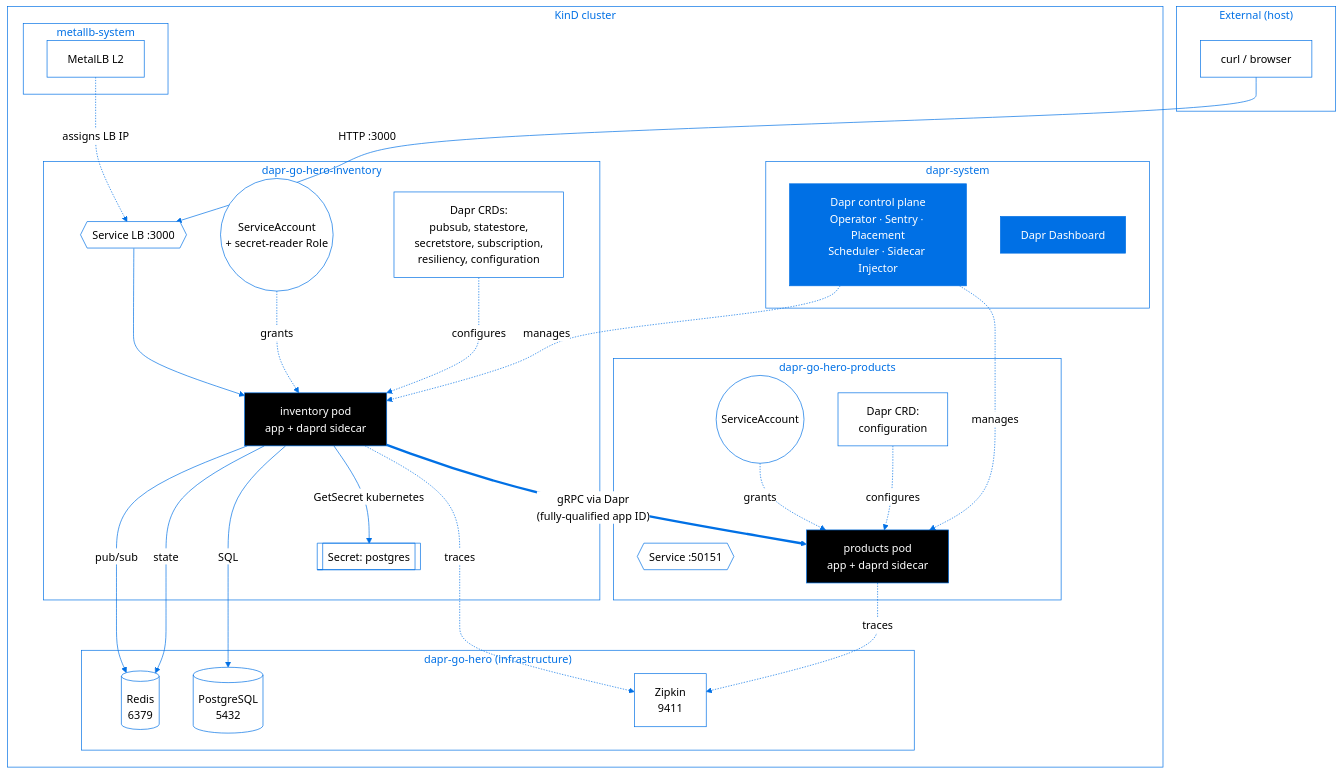
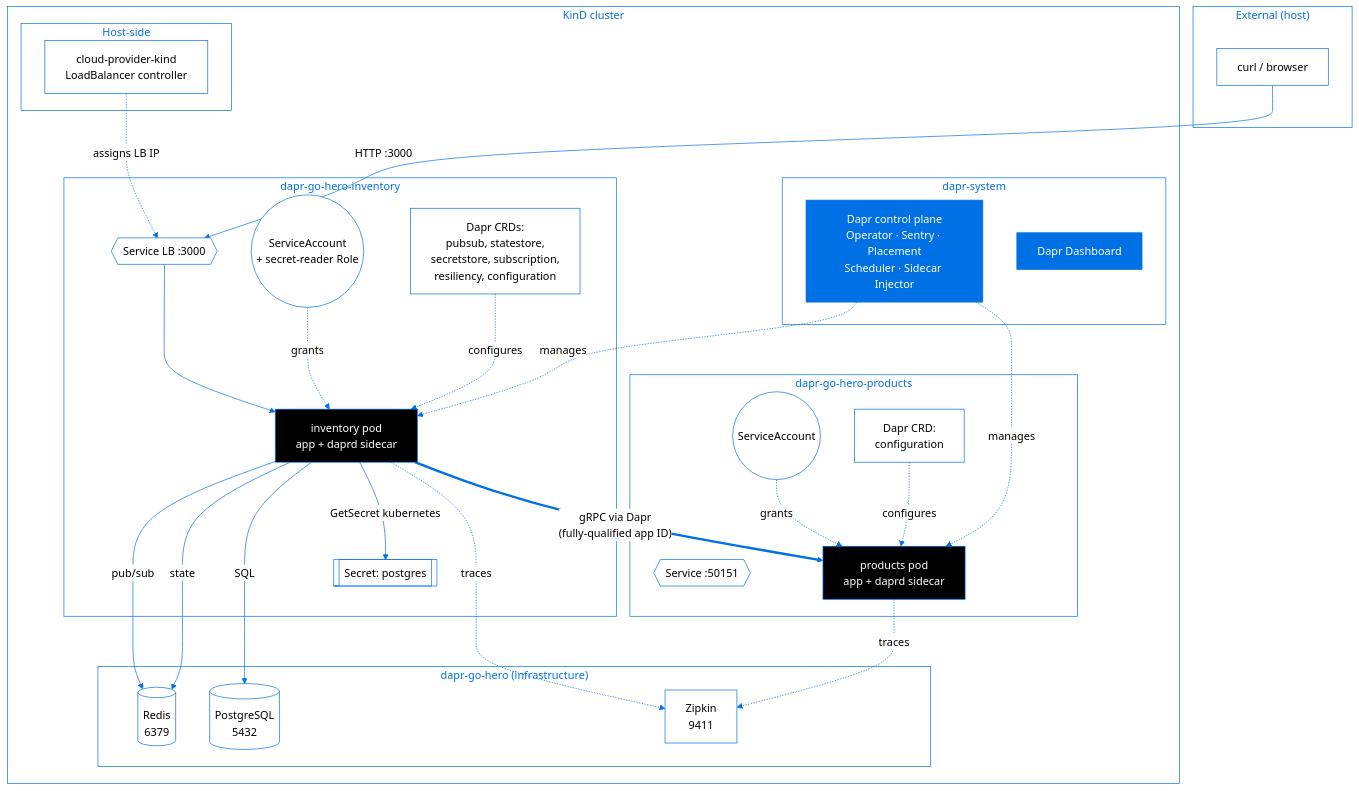
Before and after one commit to AndriyKalashnykov/dapr-go-hero: the first of 2 diagrams in README.md, drawn with Mermaid. The commit also changed other lines of this file and 15 other files, not shown here.

````diff
--- a/README.md
+++ b/README.md
@@ -190,66 +190,66 @@
 ```mermaid
 %%{init: {'theme':'base','themeVariables':{'background':'#FFFFFF','fontFamily':'ui-sans-serif, system-ui, sans-serif','primaryColor':'#FFFFFF','primaryTextColor':'#000000','primaryBorderColor':'#000000','secondaryColor':'#FFFFFF','tertiaryColor':'#FFFFFF','lineColor':'#0070E5','edgeLabelBackground':'#FFFFFF','clusterBkg':'#FFFFFF','clusterBorder':'#0070E5','titleColor':'#0070E5'}}}%%
 graph TB
   subgraph Client["External (host)"]
     C[curl / browser]
   end
 
   subgraph Cluster["KinD cluster"]
-    subgraph MetalLB["metallb-system"]
-      ML[MetalLB L2]
+    subgraph LB["Host-side"]
+      ML[cloud-provider-kind<br/>LoadBalancer controller]
     end
 
     subgraph DaprSystem["dapr-system"]
       DS[Dapr control plane<br/>Operator · Sentry · Placement<br/>Scheduler · Sidecar Injector]
       DD[Dapr Dashboard]
     end
 
     subgraph Infra["dapr-go-hero (infrastructure)"]
       R[(Redis<br/>6379)]
       P[(PostgreSQL<br/>5432)]
       Z[Zipkin<br/>9411]
     end
 
     subgraph InvNS["dapr-go-hero-inventory"]
       ISVC{{Service LB :3000}}
       IPOD[inventory pod<br/>app + daprd sidecar]
       ISEC[[Secret: postgres]]
       ISA((ServiceAccount<br/>+ secret-reader Role))
       ICRD[Dapr CRDs:<br/>pubsub, statestore,<br/>secretstore, subscription,<br/>resiliency, configuration]
     end
 
     subgraph ProdNS["dapr-go-hero-products"]
       PSVC{{Service :50151}}
       PPOD[products pod<br/>app + daprd sidecar]
       PSA((ServiceAccount))
       PCRD[Dapr CRD:<br/>configuration]
     end
 
     ML -.assigns LB IP.-> ISVC
     C -->|HTTP :3000| ISVC --> IPOD
 
     IPOD -->|pub/sub| R
     IPOD -->|state| R
     IPOD -->|SQL| P
     IPOD -->|GetSecret kubernetes| ISEC
     IPOD -.->|traces| Z
     PPOD -.->|traces| Z
 
     IPOD ==>|"gRPC via Dapr<br/>(fully-qualified app ID)"| PPOD
 
     DS -.manages.-> IPOD
     DS -.manages.-> PPOD
     ISA -.grants.-> IPOD
     PSA -.grants.-> PPOD
     ICRD -.configures.-> IPOD
     PCRD -.configures.-> PPOD
   end
 
   classDef plain fill:#FFFFFF,stroke:#0070E5,color:#000000,stroke-width:1px
   classDef dapr fill:#0070E5,stroke:#0070E5,color:#FFFFFF,stroke-width:1px
   classDef emphasis fill:#000000,stroke:#0070E5,color:#FFFFFF,stroke-width:1px
 
   class C,ML,R,P,Z,ISEC,ISA,ICRD,PSA,PCRD,ISVC,PSVC plain
   class DS,DD dapr
   class IPOD,PPOD emphasis
 ```
````
